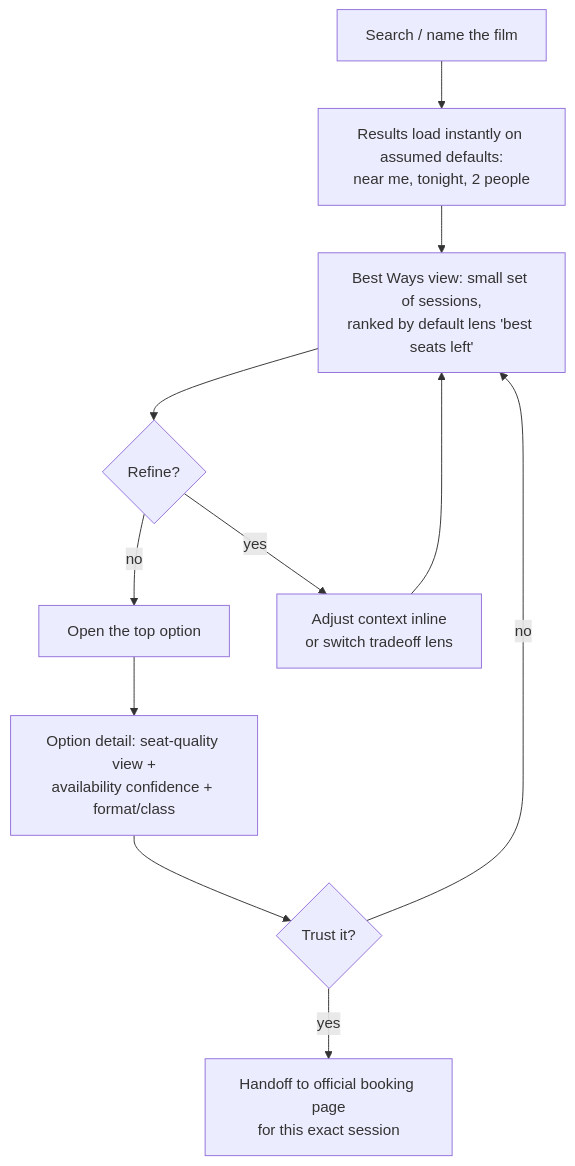
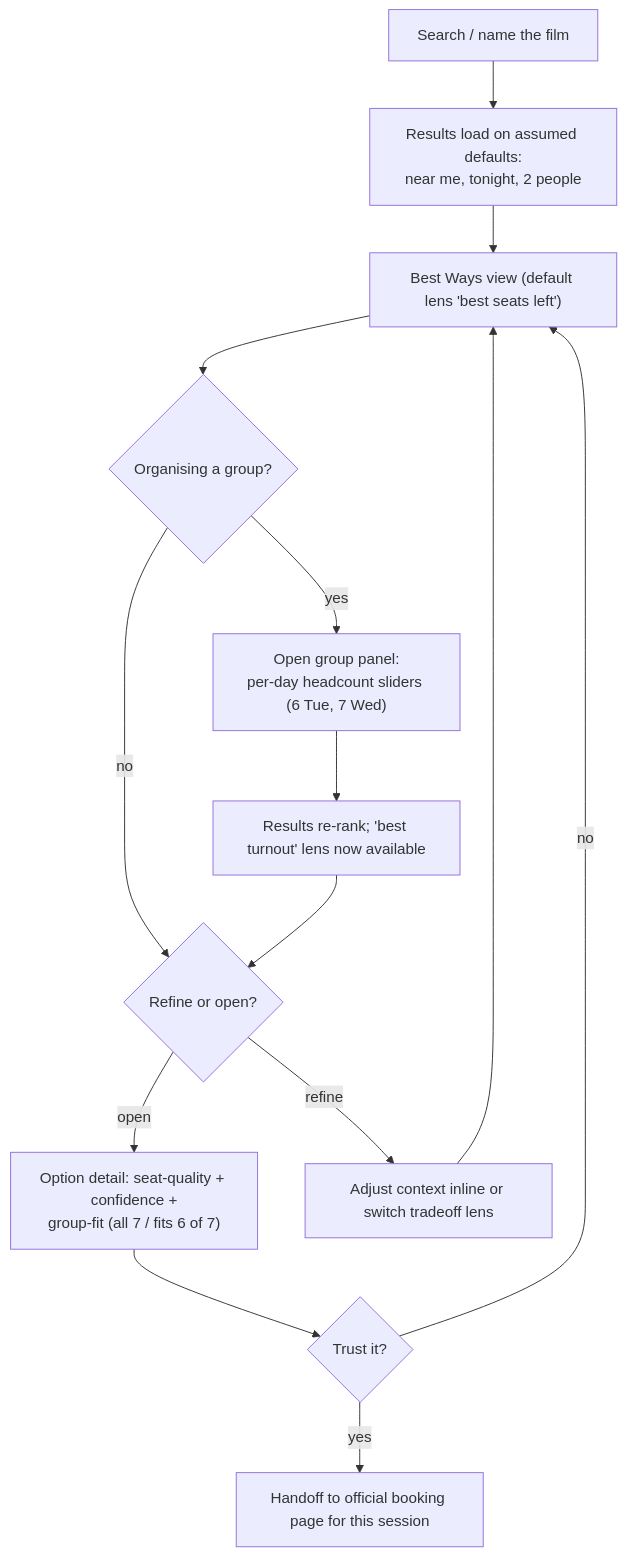
The first of 5 diagrams in design/journey/03-flows-and-concepts.md (miloli-git/auscinema-seatfinder), drawn with Mermaid before and after one commit. The commit also changed other lines of this file and 4 other files, not shown here.

First line of the commit message:
docs(design): propagate organiser persona through journey, flows, wireframes

````diff
--- a/design/journey/03-flows-and-concepts.md
+++ b/design/journey/03-flows-and-concepts.md
@@ -18,13 +23,16 @@
 ```mermaid
 flowchart TD
-  A["Search / name the film"] --> B["Results load instantly on assumed defaults:<br/>near me, tonight, 2 people"]
-  B --> C["Best Ways view: small set of sessions,<br/>ranked by default lens 'best seats left'"]
-  C --> D{"Refine?"}
-  D -->|no| E["Open the top option"]
-  D -->|yes| F["Adjust context inline<br/>or switch tradeoff lens"]
+  A["Search / name the film"] --> B["Results load on assumed defaults:<br/>near me, tonight, 2 people"]
+  B --> C["Best Ways view (default lens 'best seats left')"]
+  C --> G1{"Organising a group?"}
+  G1 -->|no| D{"Refine or open?"}
+  G1 -->|yes| O["Open group panel:<br/>per-day headcount sliders (6 Tue, 7 Wed)"]
+  O --> C2["Results re-rank; 'best turnout' lens now available"]
+  C2 --> D
+  D -->|open| E["Option detail: seat-quality + confidence +<br/>group-fit (all 7 / fits 6 of 7)"]
+  D -->|refine| F["Adjust context inline or switch tradeoff lens"]
   F --> C
-  E --> G["Option detail: seat-quality view +<br/>availability confidence + format/class"]
-  G --> H{"Trust it?"}
-  H -->|yes| I["Handoff to official booking page<br/>for this exact session"]
+  E --> H{"Trust it?"}
+  H -->|yes| I["Handoff to official booking page for this session"]
   H -->|no| C
 ```
````
